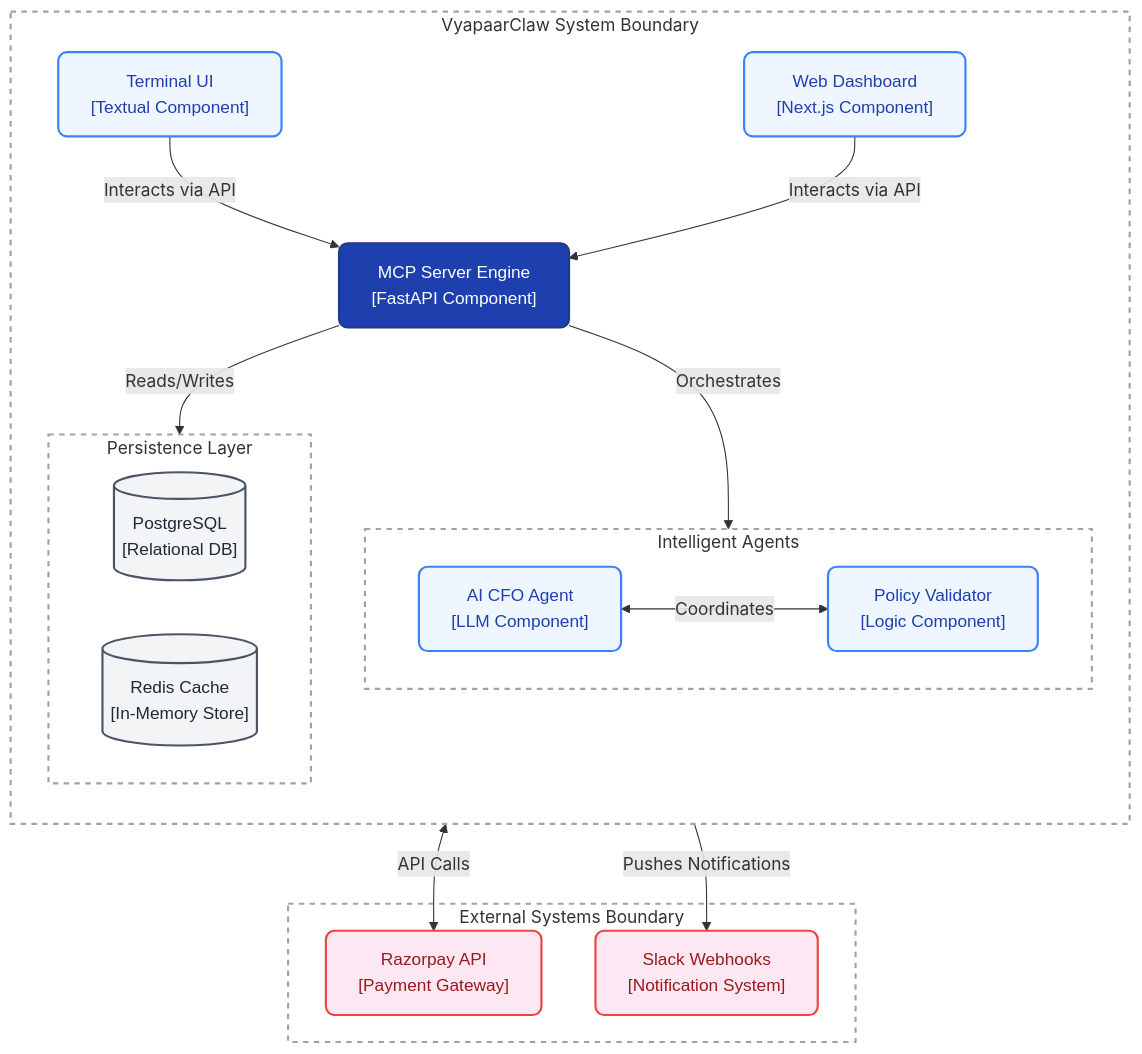
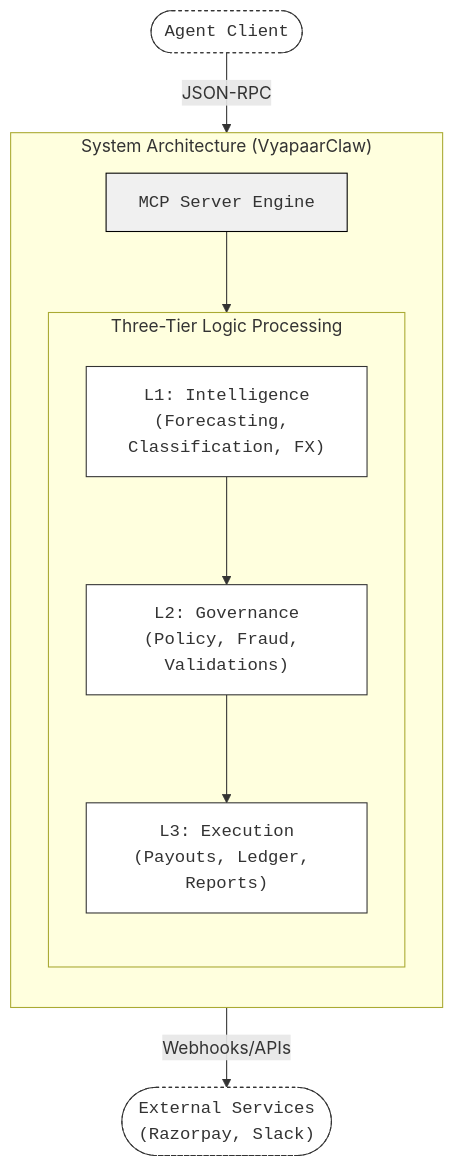
One commit to guglxni/VyapaarClaw changed the diagram in docs/architecture.mmd. Above: the diagram before and after it, drawn with Mermaid. The commit also changed 8 other files, not shown here.

Commit message:
docs: redesign diagrams to be scientific and compact

```diff
--- a/docs/architecture.mmd
+++ b/docs/architecture.mmd
@@ -1,51 +1,25 @@
 graph TD
-    %% Professional C4-Inspired Styling
-    classDef default fill:#FFFFFF,stroke:#333333,stroke-width:2px,color:#333333,font-family:sans-serif;
-    classDef system fill:#1E40AF,stroke:#1E3A8A,color:#FFFFFF,rx:8,ry:8,stroke-width:2px;
-    classDef component fill:#EFF6FF,stroke:#3B82F6,color:#1E40AF,rx:8,ry:8,stroke-width:2px;
-    classDef database fill:#F3F4F6,stroke:#4B5563,color:#1F2937,rx:8,ry:8,stroke-width:2px;
-    classDef external fill:#FCE7F3,stroke:#EF4444,color:#991B1B,rx:8,ry:8,stroke-width:2px;
-    classDef boundary fill:none,stroke:#9CA3AF,stroke-width:2px,stroke-dasharray: 5 5;
+    %% Scientific Block Diagram
+    classDef ext fill:#fff,stroke:#333,stroke-width:1px,stroke-dasharray: 3 3,font-family:monospace;
+    classDef core fill:#f0f0f0,stroke:#000,stroke-width:1px,font-family:monospace;
+    classDef node fill:#fff,stroke:#333,stroke-width:1px,font-family:monospace;
 
-    subgraph VyapaarClaw[VyapaarClaw System Boundary]
+    Client(["Agent Client"]):::ext -->|JSON-RPC| MCP
+    
+    subgraph VyapaarClaw ["System Architecture (VyapaarClaw)"]
         direction TB
+        MCP["MCP Server Engine"]:::core
         
-        %% Interfaces
-        TUI["Terminal UI<br/>[Textual Component]"]:::component
-        Web["Web Dashboard<br/>[Next.js Component]"]:::component
-        
-        %% Core
-        Server["MCP Server Engine<br/>[FastAPI Component]"]:::system
-        
-        %% Agent Layer
-        subgraph AgentsBoundary[Intelligent Agents]
-            CFO["AI CFO Agent<br/>[LLM Component]"]:::component
-            Governance["Policy Validator<br/>[Logic Component]"]:::component
+        subgraph Pipeline ["Three-Tier Logic Processing"]
+            direction TB
+            KNOW["L1: Intelligence<br/>(Forecasting, Classification, FX)"]:::node
+            GUARD["L2: Governance<br/>(Policy, Fraud, Validations)"]:::node
+            ACT["L3: Execution<br/>(Payouts, Ledger, Reports)"]:::node
+            
+            KNOW --> GUARD --> ACT
         end
         
-        %% Persistence
-        subgraph DataBoundary[Persistence Layer]
-            DB[("PostgreSQL<br/>[Relational DB]")]:::database
-            Redis[("Redis Cache<br/>[In-Memory Store]")]:::database
-        end
-    end
-
-    subgraph External[External Systems Boundary]
-        Razorpay["Razorpay API<br/>[Payment Gateway]"]:::external
-        Slack["Slack Webhooks<br/>[Notification System]"]:::external
+        MCP --> Pipeline
     end
     
-    %% Relationships
-    TUI -->|Interacts via API| Server
-    Web -->|Interacts via API| Server
-    
-    Server -->|Orchestrates| AgentsBoundary
-    CFO <-->|Coordinates| Governance
-    
-    Server -->|Reads/Writes| DataBoundary
-    
-    Server <-->|API Calls| Razorpay
-    Server -->|Pushes Notifications| Slack
-
-    %% Apply boundary styling
-    class VyapaarClaw,AgentsBoundary,DataBoundary,External boundary
+    Pipeline -->|Webhooks/APIs| Integrations(["External Services<br/>(Razorpay, Slack)"]):::ext
```
